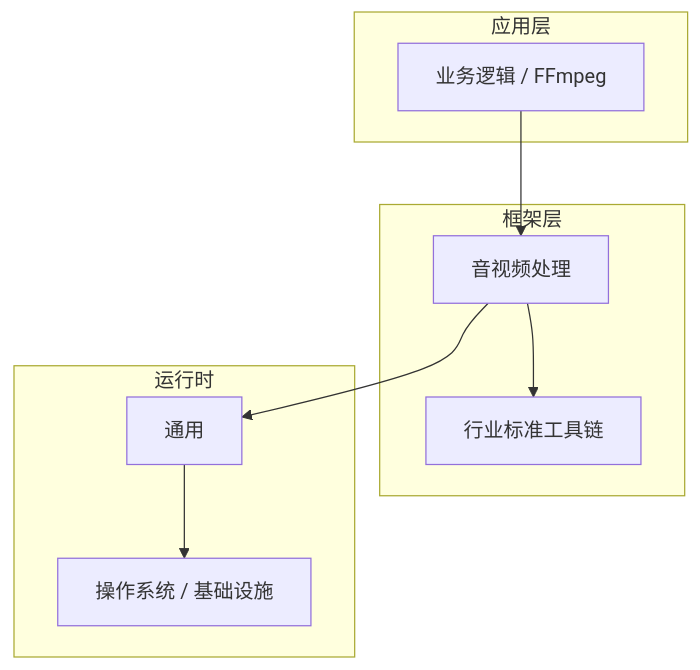
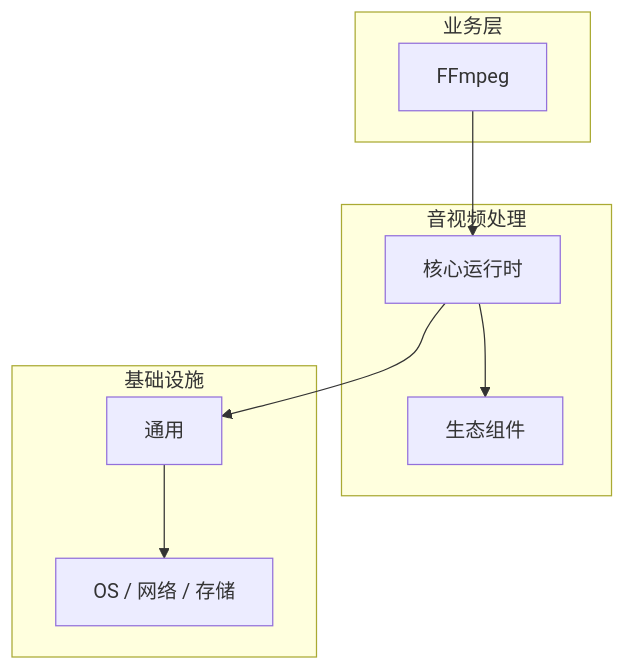
Before and after one commit to yanggan2015/knowledge-json-v2: the diagram in articles/音视频处理/chapters/061-FFmpeg核心概念与原理.md, drawn with Mermaid. The commit also changed other lines of this file and 10127 other files, not shown here.

````diff
--- a/articles/音视频处理/chapters/061-FFmpeg核心概念与原理.md
+++ b/articles/音视频处理/chapters/061-FFmpeg核心概念与原理.md
@@ -45,18 +30,18 @@
 ```mermaid
 graph TB
-    subgraph 应用层
-        A[业务逻辑 / FFmpeg]
+    subgraph 业务层
+        A[FFmpeg]
     end
-    subgraph 框架层
-        B[音视频处理]
-        C[行业标准工具链]
+    subgraph 音视频处理
+        B[核心运行时]
+        C[生态组件]
     end
-    subgraph 运行时
+    subgraph 基础设施
         D[通用]
-        E[操作系统 / 基础设施]
+        E[OS / 网络 / 存储]
     end
     A --> B
     B --> C
     B --> D
     D --> E
 ```
````
